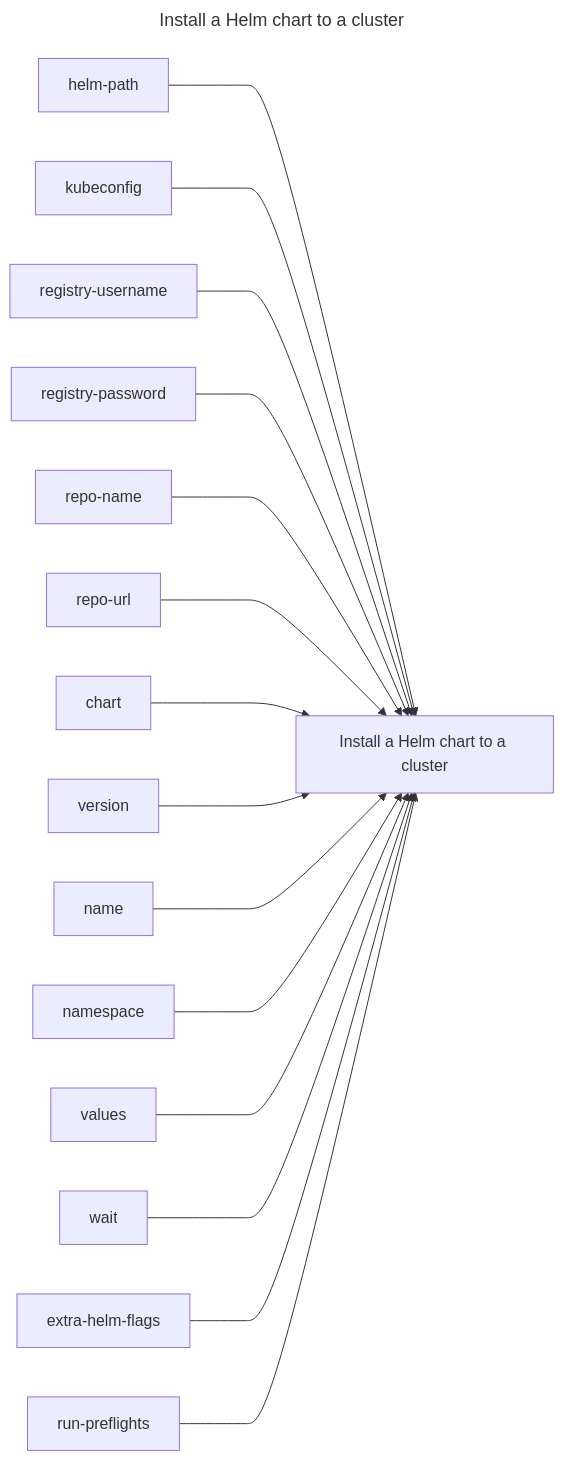
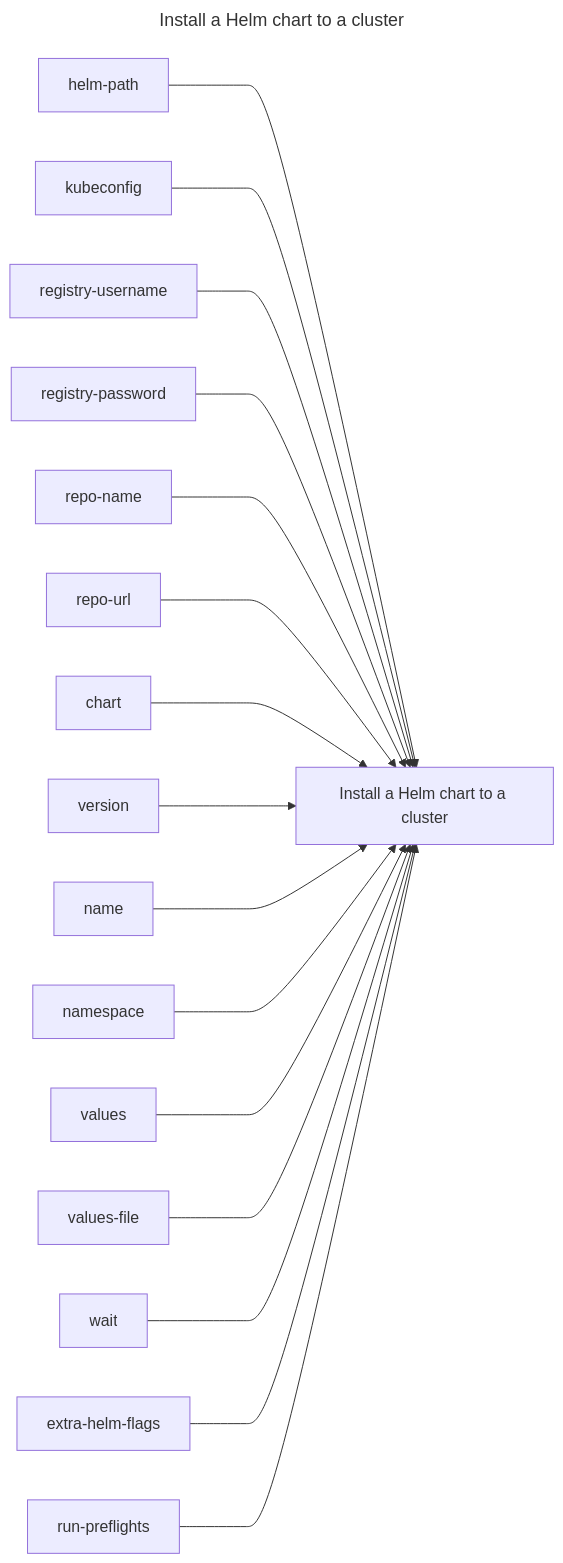
Before and after one commit to replicatedhq/replicated-actions: the diagram in helm-install/README.md, drawn with Mermaid. The commit also changed other lines of this file and 37 other files, not shown here.

First line of the commit message:
feat(helm-install): add values-file input and clarify values is inline YAML (#109)

````diff
--- a/helm-install/README.md
+++ b/helm-install/README.md
@@ -3,35 +3,37 @@
 ```mermaid
 ---
 title: Install a Helm chart to a cluster
 ---
 graph LR
 install_a_helm_chart_to_a_cluster["Install a Helm chart to a cluster"]
 helm_path["helm-path"]
 kubeconfig["kubeconfig"]
 registry_username["registry-username"]
 registry_password["registry-password"]
 repo_name["repo-name"]
 repo_url["repo-url"]
 chart["chart"]
 version["version"]
 name["name"]
 namespace["namespace"]
 values["values"]
+values_file["values-file"]
 wait["wait"]
 extra_helm_flags["extra-helm-flags"]
 run_preflights["run-preflights"]
 helm_path ---> install_a_helm_chart_to_a_cluster
 kubeconfig ---> install_a_helm_chart_to_a_cluster
 registry_username ---> install_a_helm_chart_to_a_cluster
 registry_password ---> install_a_helm_chart_to_a_cluster
 repo_name ---> install_a_helm_chart_to_a_cluster
 repo_url ---> install_a_helm_chart_to_a_cluster
 chart ---> install_a_helm_chart_to_a_cluster
 version ---> install_a_helm_chart_to_a_cluster
 name ---> install_a_helm_chart_to_a_cluster
 namespace ---> install_a_helm_chart_to_a_cluster
 values ---> install_a_helm_chart_to_a_cluster
+values_file ---> install_a_helm_chart_to_a_cluster
 wait ---> install_a_helm_chart_to_a_cluster
 extra_helm_flags ---> install_a_helm_chart_to_a_cluster
 run_preflights ---> install_a_helm_chart_to_a_cluster
 ```
````
